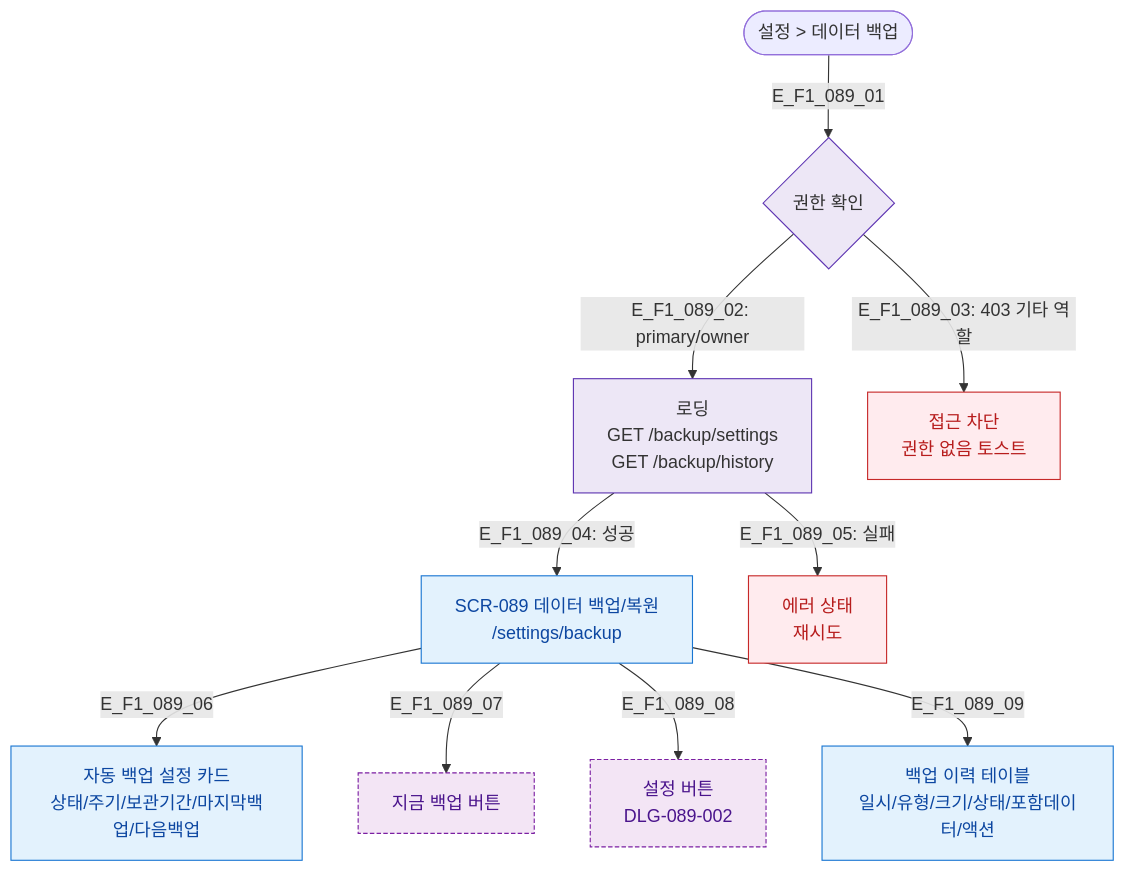
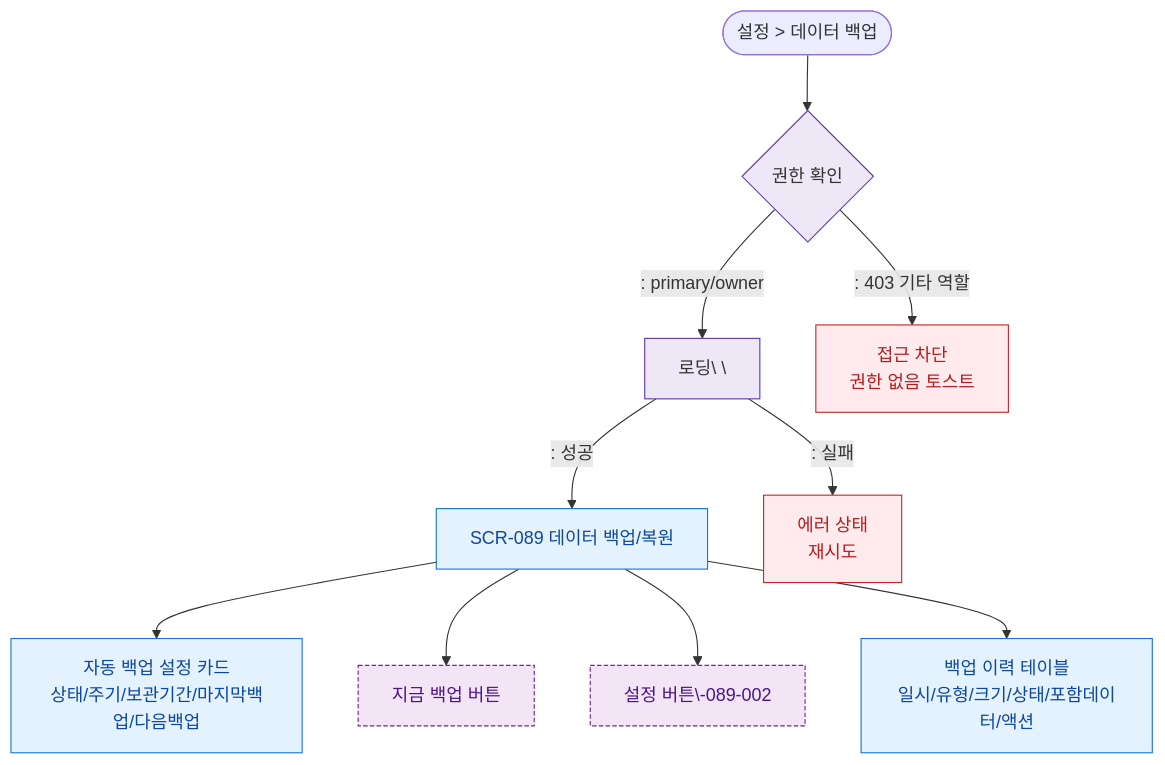
The diagram in docs/다이어그램/D09_설정관리/SCR-089_데이터백업복원/F1_진입.md (dev-spogym/admin-pando), drawn with Mermaid before and after one commit. The commit also changed other lines of this file and 1660 other files, not shown here.

First line of the commit message:
다이어그램: 기획자/클라이언트 납품본으로 정리

````diff
--- a/docs/다이어그램/D09_설정관리/SCR-089_데이터백업복원/F1_진입.md
+++ b/docs/다이어그램/D09_설정관리/SCR-089_데이터백업복원/F1_진입.md
@@ -14,23 +12,23 @@
 ```mermaid
 flowchart TD
-    Sidebar([설정 > 데이터 백업]) -->|E_F1_089_01| Auth{권한 확인}
-    Auth -->|"E_F1_089_02: primary/owner"| Loading[로딩\nGET /backup/settings\nGET /backup/history]
-    Auth -->|"E_F1_089_03: 403 기타 역할"| Blocked[접근 차단\n권한 없음 토스트]
+    Sidebar([설정 > 데이터 백업]) --> Auth{권한 확인}
+    Auth -->|": primary/owner"|Loading[로딩\ \]
+    Auth -->|": 403 기타 역할"|Blocked[접근 차단\n권한 없음 토스트]
 
-    Loading -->|"E_F1_089_04: 성공"| SCR089[SCR-089 데이터 백업/복원\n/settings/backup]
-    Loading -->|"E_F1_089_05: 실패"| ErrorState[에러 상태\n재시도]
+    Loading -->|": 성공"|SCR089[SCR-089 데이터 백업/복원\n]
+    Loading -->|": 실패"|ErrorState[에러 상태\n재시도]
 
-    SCR089 -->|E_F1_089_06| AutoBackupCard[자동 백업 설정 카드\n상태/주기/보관기간/마지막백업/다음백업]
-    SCR089 -->|E_F1_089_07| BtnNowBackup[지금 백업 버튼]
-    SCR089 -->|E_F1_089_08| BtnSettings[설정 버튼\nDLG-089-002]
-    SCR089 -->|E_F1_089_09| BackupHistory[백업 이력 테이블\n일시/유형/크기/상태/포함데이터/액션]
+    SCR089 --> AutoBackupCard[자동 백업 설정 카드\n상태/주기/보관기간/마지막백업/다음백업]
+    SCR089 --> BtnNowBackup[지금 백업 버튼]
+    SCR089 --> BtnSettings[설정 버튼\-089-002]
+    SCR089 --> BackupHistory[백업 이력 테이블\n일시/유형/크기/상태/포함데이터/액션]
 
     classDef screen fill:#E3F2FD,stroke:#1976D2,color:#0D47A1
     classDef newFeature fill:#F3E5F5,stroke:#7B1FA2,color:#4A148C,stroke-dasharray:4 2
     classDef error fill:#FFEBEE,stroke:#C62828,color:#B71C1C
     classDef system fill:#EDE7F6,stroke:#5E35B2
     class SCR089,AutoBackupCard,BackupHistory screen
     class BtnNowBackup,BtnSettings newFeature
     class ErrorState,Blocked error
     class Loading,Auth system
 ```
````
